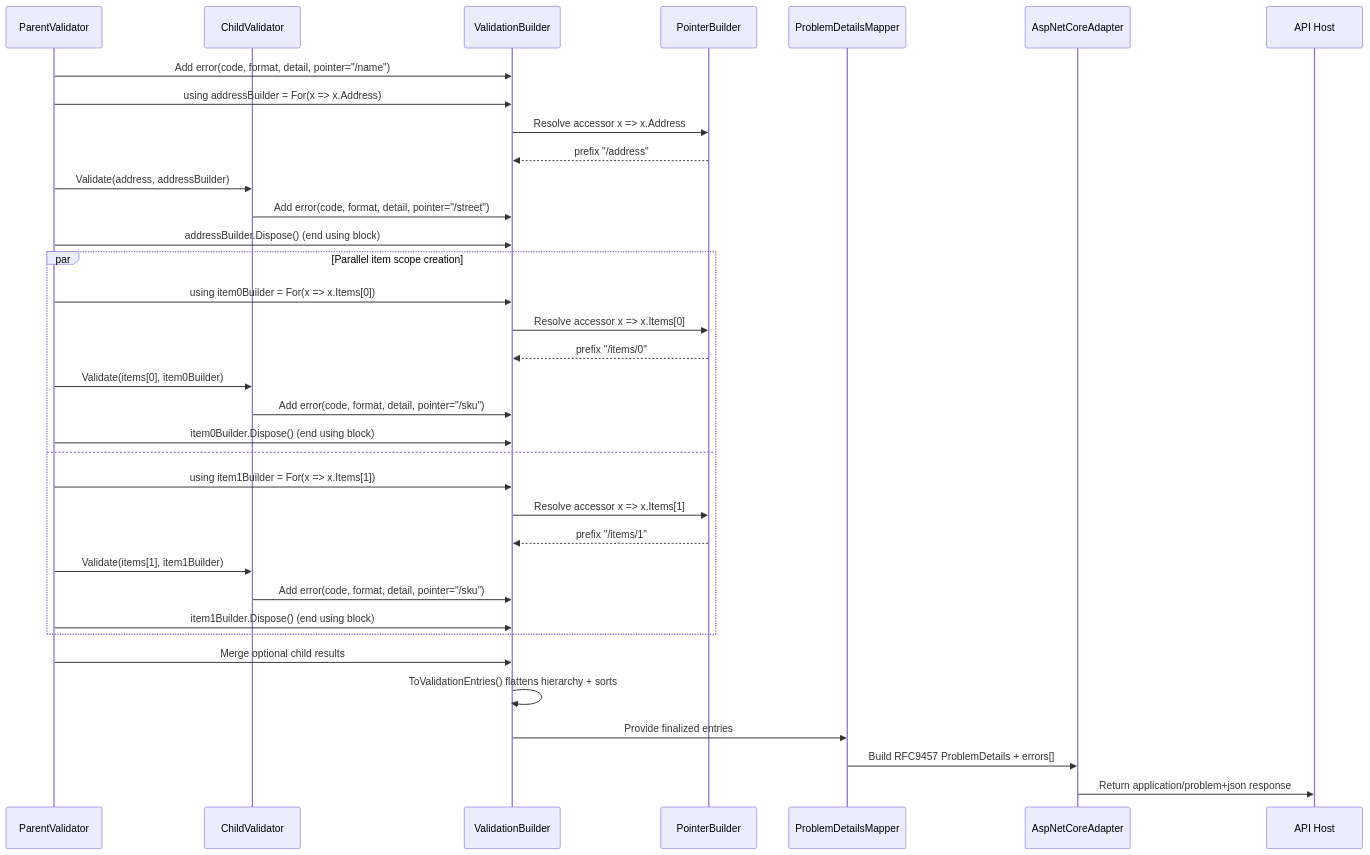
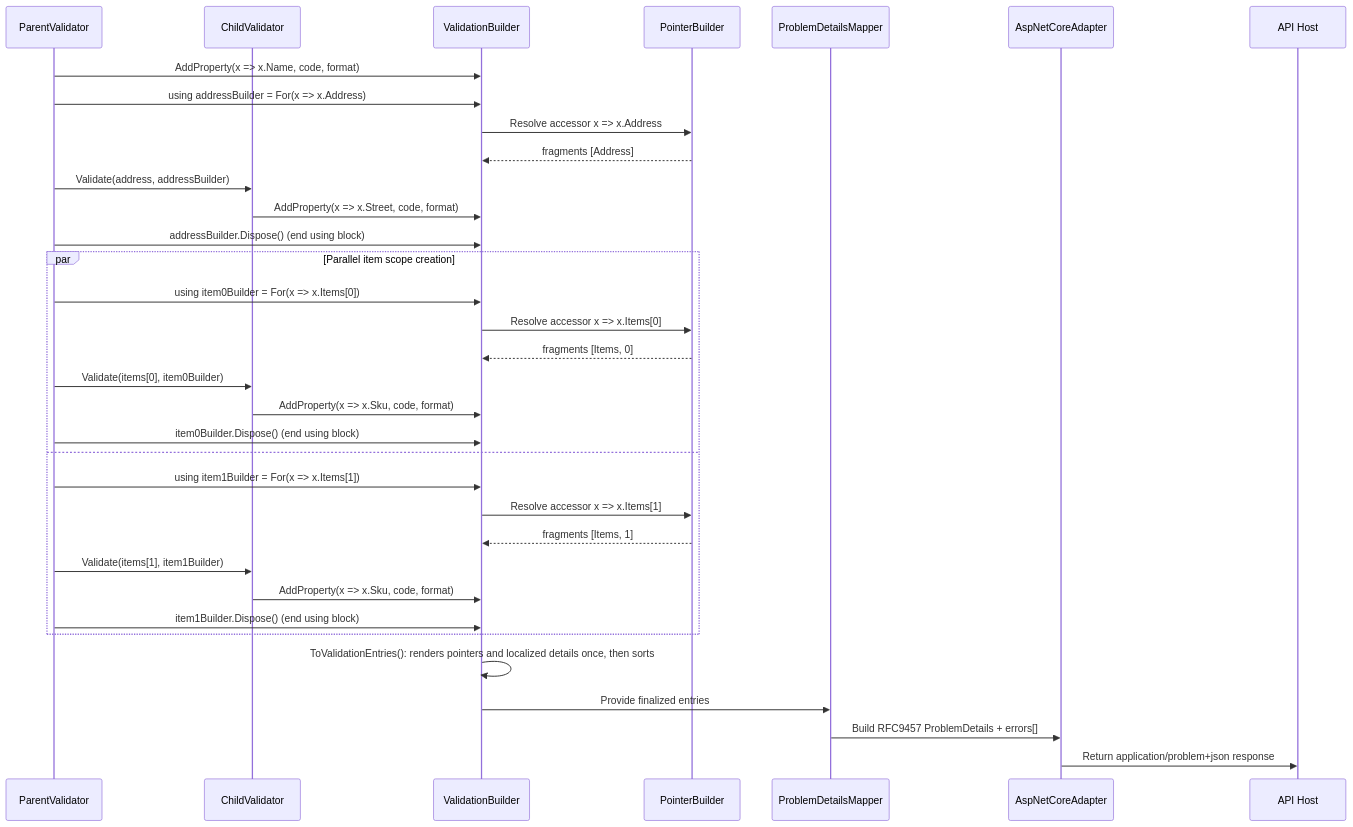
The third of 3 diagrams in docs/DESIGN.md (nefremov/ValidationGuard), drawn with Mermaid before and after one commit. The commit also changed other lines of this file and 98 other files, not shown here.

````diff
--- a/docs/DESIGN.md
+++ b/docs/DESIGN.md
@@ -295,40 +351,39 @@
 ```mermaid
 sequenceDiagram
     participant PV as ParentValidator
     participant CV as ChildValidator
     participant C as ValidationBuilder
     participant PB as PointerBuilder
     participant M as ProblemDetailsMapper
     participant A as AspNetCoreAdapter
     participant H as API Host
 
-    PV->>C: Add error(code, format, detail, pointer="/name")
+    PV->>C: AddProperty(x => x.Name, code, format)
     PV->>C: using addressBuilder = For(x => x.Address)
     C->>PB: Resolve accessor x => x.Address
-    PB-->>C: prefix "/address"
+    PB-->>C: fragments [Address]
     PV->>CV: Validate(address, addressBuilder)
-    CV->>C: Add error(code, format, detail, pointer="/street")
+    CV->>C: AddProperty(x => x.Street, code, format)
     PV->>C: addressBuilder.Dispose() (end using block)
 
     par Parallel item scope creation
         PV->>C: using item0Builder = For(x => x.Items[0])
         C->>PB: Resolve accessor x => x.Items[0]
-        PB-->>C: prefix "/items/0"
+        PB-->>C: fragments [Items, 0]
         PV->>CV: Validate(items[0], item0Builder)
-        CV->>C: Add error(code, format, detail, pointer="/sku")
+        CV->>C: AddProperty(x => x.Sku, code, format)
         PV->>C: item0Builder.Dispose() (end using block)
     and
         PV->>C: using item1Builder = For(x => x.Items[1])
         C->>PB: Resolve accessor x => x.Items[1]
-        PB-->>C: prefix "/items/1"
+        PB-->>C: fragments [Items, 1]
         PV->>CV: Validate(items[1], item1Builder)
-        CV->>C: Add error(code, format, detail, pointer="/sku")
+        CV->>C: AddProperty(x => x.Sku, code, format)
         PV->>C: item1Builder.Dispose() (end using block)
     end
 
-    PV->>C: Merge optional child results
-    C->>C: ToValidationEntries() flattens hierarchy + sorts
+    C->>C: ToValidationEntries(): renders pointers and localized details once, then sorts
     C->>M: Provide finalized entries
     M->>A: Build RFC9457 ProblemDetails + errors[]
     A->>H: Return application/problem+json response
 ```
````
